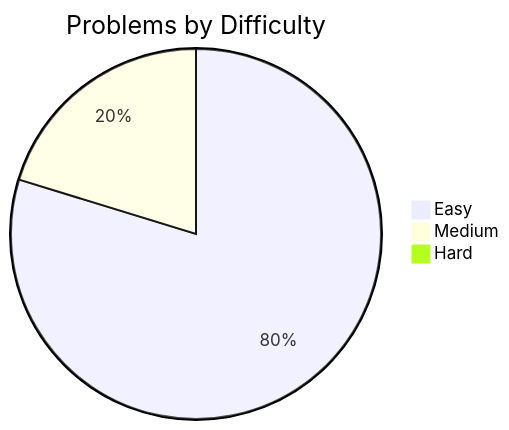
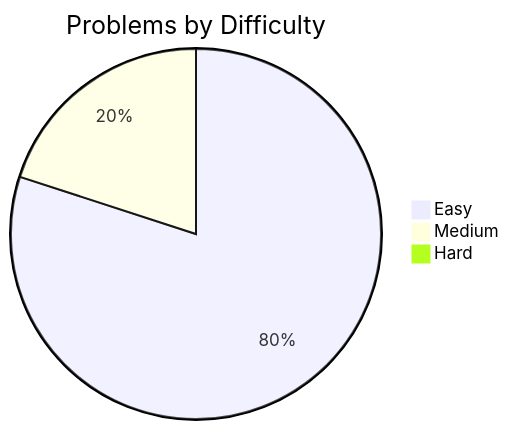
Before and after one commit to davelin18yufan/leetcode-journal: the diagram in README.md, drawn with Mermaid. The commit also changed other lines of this file and 4 other files, not shown here.

````diff
--- a/README.md
+++ b/README.md
@@ -7,7 +7,7 @@
 ```mermaid
 pie
     title Problems by Difficulty
-    "Easy" : 63
+    "Easy" : 64
     "Medium" : 16
     "Hard" : 0
 ```
````
